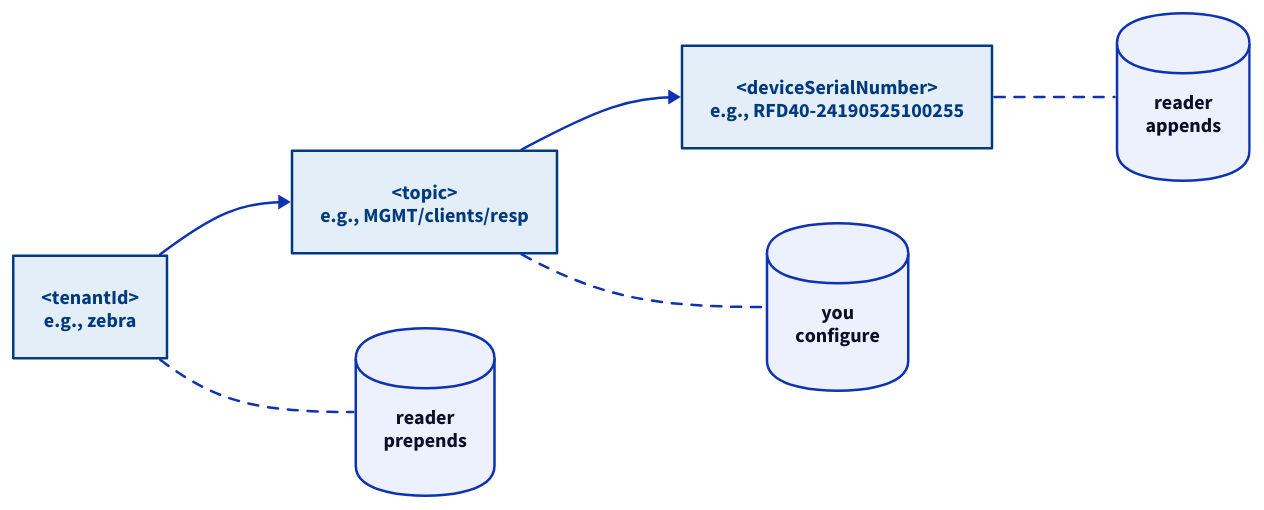
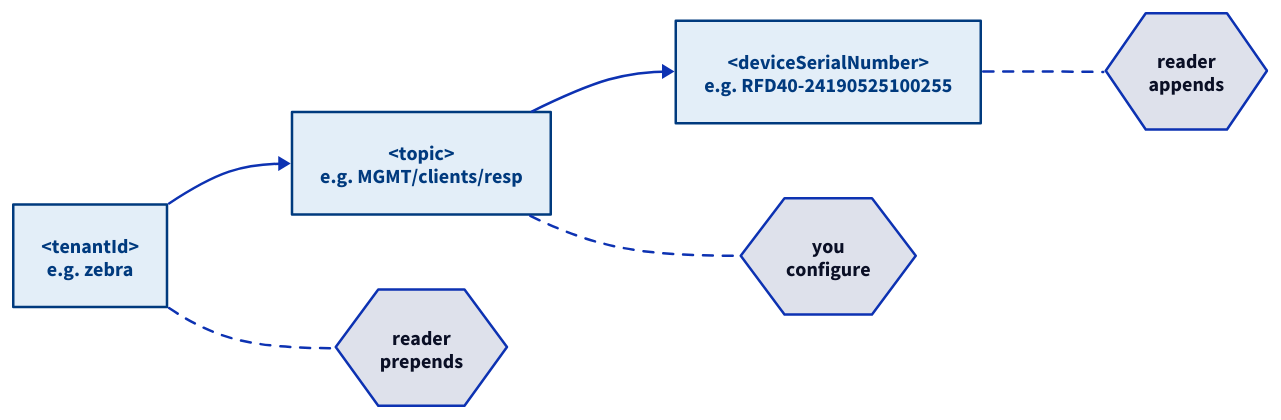
One commit to admiral-ai/zebra-handheld-rfid-iotc changed the first of 2 diagrams in docs/foundations/mqtt/topic-hierarchy.md. Above: the diagram before and after it, drawn with D2. The commit also changed other lines of this file and 40 other files, not shown here.

First line of the commit message:
Redesign all 54 D2 diagrams to a unified visual system

````diff
--- a/docs/foundations/mqtt/topic-hierarchy.md
+++ b/docs/foundations/mqtt/topic-hierarchy.md
@@ -62,13 +62,17 @@
 ```d2
+classes: {
+  ident: { style: { fill: "#e3eef8"; stroke: "#003a7e"; font-color: "#003a7e" } }
+}
 direction: right
-Te: "<tenantId>\ne.g., zebra" { style: { fill: "#e3eef8"; stroke: "#003a7e"; font-color: "#003a7e" } }
-To: "<topic>\ne.g., MGMT/clients/resp" { style: { fill: "#e3eef8"; stroke: "#003a7e"; font-color: "#003a7e" } }
-Sn: "<deviceSerialNumber>\ne.g., RFD40-24190525100255" { style: { fill: "#e3eef8"; stroke: "#003a7e"; font-color: "#003a7e" } }
-L1: "reader\nprepends" { shape: cylinder }
-L2: "you\nconfigure" { shape: cylinder }
-L3: "reader\nappends" { shape: cylinder }
+Te: "<tenantId>\ne.g. zebra" { class: ident }
+To: "<topic>\ne.g. MGMT/clients/resp" { class: ident }
+Sn: "<deviceSerialNumber>\ne.g. RFD40-24190525100255" { class: ident }
+L1: "reader\nprepends" { shape: hexagon }
+L2: "you\nconfigure" { shape: hexagon }
+L3: "reader\nappends" { shape: hexagon }
 Te -> To -> Sn
-Te -- L1: { style.stroke-dash: 4 }
-To -- L2: { style.stroke-dash: 4 }
-Sn -- L3: { style.stroke-dash: 4 }
+Te -- L1 { style.stroke-dash: 4 }
+To -- L2 { style.stroke-dash: 4 }
+Sn -- L3 { style.stroke-dash: 4 }
+
 ```
````
